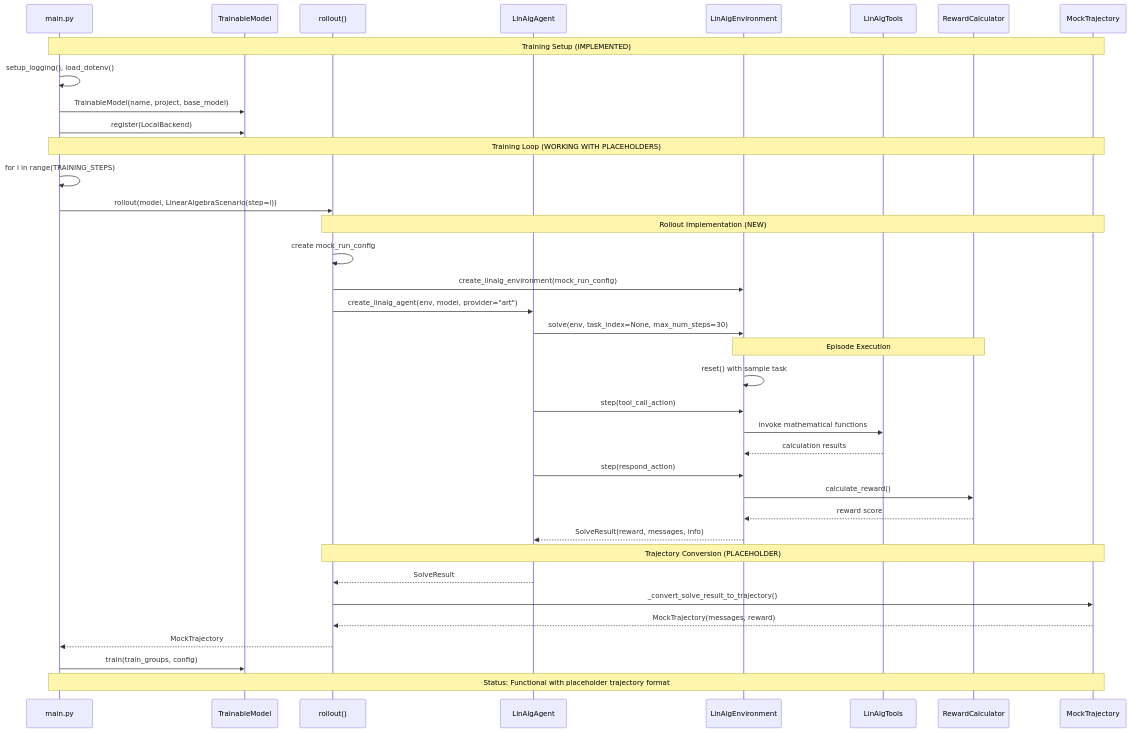
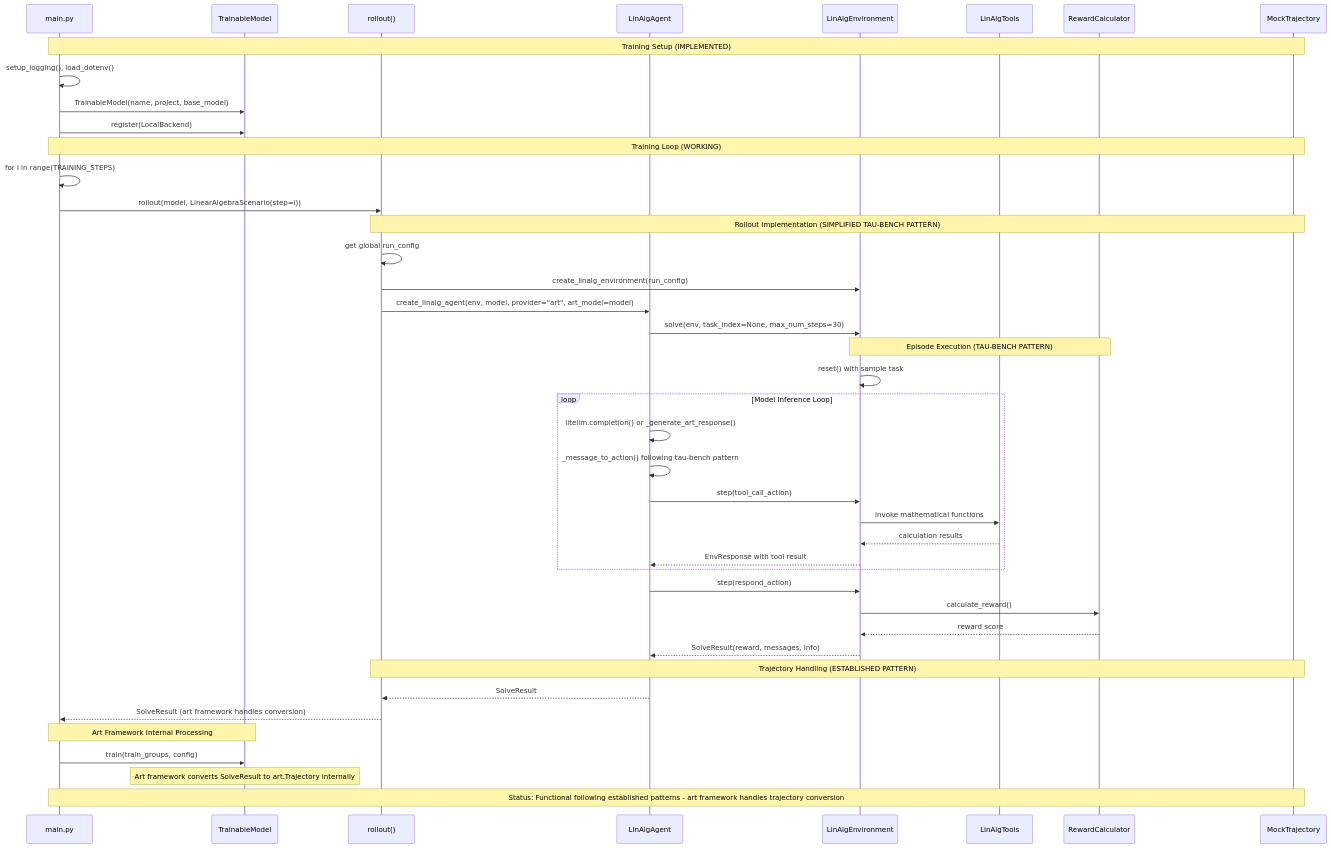
Before and after one commit to atomwalk12/linalg-zero: the third of 8 diagrams in docs/environment_architecture.md, drawn with Mermaid. The commit also changed other lines of this file, not shown here.

Commit message:
docs: environment arch

````diff
--- a/docs/environment_architecture.md
+++ b/docs/environment_architecture.md
@@ -550,47 +556,52 @@
 ```mermaid
 sequenceDiagram
     participant Main as main.py
     participant Model as TrainableModel
     participant Rollout as rollout()
     participant Agent as LinAlgAgent
     participant Env as LinAlgEnvironment
     participant Tools as LinAlgTools
     participant Reward as RewardCalculator
     participant Trajectory as MockTrajectory
 
     Note over Main, Trajectory: Training Setup (IMPLEMENTED)
 
     Main->>Main: setup_logging(), load_dotenv()
     Main->>Model: TrainableModel(name, project, base_model)
     Main->>Model: register(LocalBackend)
 
-    Note over Main, Trajectory: Training Loop (WORKING WITH PLACEHOLDERS)
+    Note over Main, Trajectory: Training Loop (WORKING)
     Main->>Main: for i in range(TRAINING_STEPS)
     Main->>Rollout: rollout(model, LinearAlgebraScenario(step=i))
 
-    Note over Rollout, Trajectory: Rollout Implementation (NEW)
-    Rollout->>Rollout: create mock_run_config
-    Rollout->>Env: create_linalg_environment(mock_run_config)
-    Rollout->>Agent: create_linalg_agent(env, model, provider="art")
+    Note over Rollout, Trajectory: Rollout Implementation (SIMPLIFIED TAU-BENCH PATTERN)
+    Rollout->>Rollout: get global run_config
+    Rollout->>Env: create_linalg_environment(run_config)
+    Rollout->>Agent: create_linalg_agent(env, model, provider="art", art_model=model)
     Agent->>Env: solve(env, task_index=None, max_num_steps=30)
 
-    Note over Env, Reward: Episode Execution
+    Note over Env, Reward: Episode Execution (TAU-BENCH PATTERN)
     Env->>Env: reset() with sample task
-    Agent->>Env: step(tool_call_action)
-    Env->>Tools: invoke mathematical functions
-    Tools-->>Env: calculation results
+    loop Model Inference Loop
+        Agent->>Agent: litellm.completion() or _generate_art_response()
+        Agent->>Agent: _message_to_action() following tau-bench pattern
+        Agent->>Env: step(tool_call_action)
+        Env->>Tools: invoke mathematical functions
+        Tools-->>Env: calculation results
+        Env-->>Agent: EnvResponse with tool result
+    end
     Agent->>Env: step(respond_action)
     Env->>Reward: calculate_reward()
     Reward-->>Env: reward score
     Env-->>Agent: SolveResult(reward, messages, info)
 
-    Note over Rollout, Trajectory: Trajectory Conversion (PLACEHOLDER)
+    Note over Rollout, Trajectory: Trajectory Handling (ESTABLISHED PATTERN)
     Agent-->>Rollout: SolveResult
-    Rollout->>Trajectory: _convert_solve_result_to_trajectory()
-    Trajectory-->>Rollout: MockTrajectory(messages, reward)
-    Rollout-->>Main: MockTrajectory
+    Rollout-->>Main: SolveResult (art framework handles conversion)
 
+    Note over Main, Model: Art Framework Internal Processing
     Main->>Model: train(train_groups, config)
+    Note over Model: Art framework converts SolveResult to art.Trajectory internally
 
-    Note over Main, Trajectory: Status: Functional with placeholder trajectory format
+    Note over Main, Trajectory: Status: Functional following established patterns - art framework handles trajectory conversion
 ```
````
